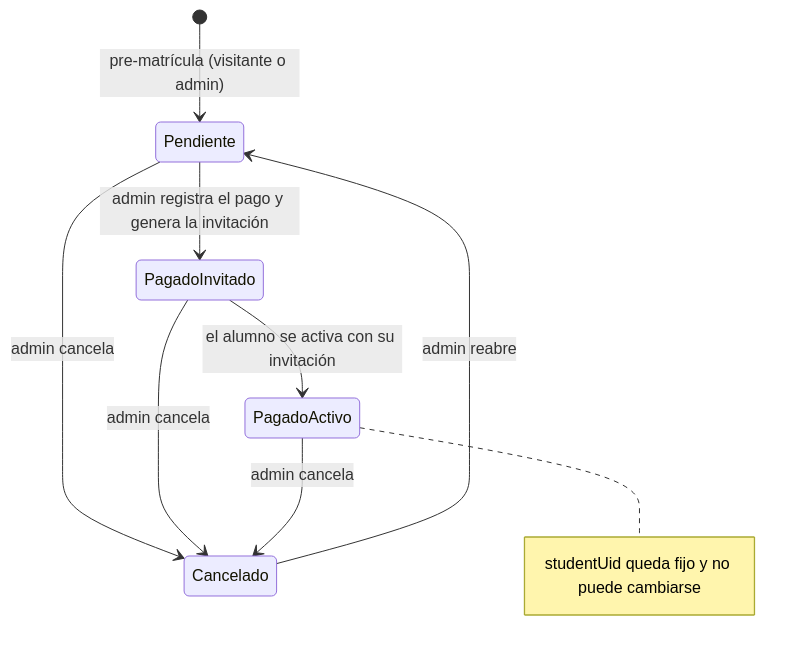
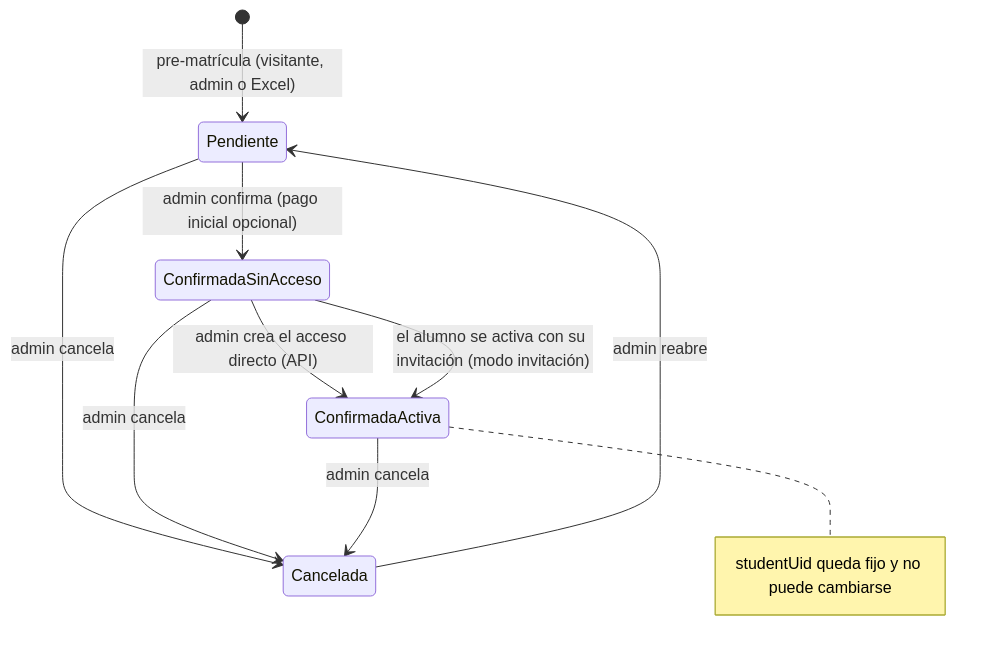
Before and after one commit to yucradavid/Perfil-de-egreso-Plataforma-Web-Integral-CERMAT: diagram 11 of 13 in docs/e1-definicion-sistema-ce021.md, drawn with Mermaid. The commit also changed other lines of this file and 27 other files, not shown here.

````diff
--- a/docs/e1-definicion-sistema-ce021.md
+++ b/docs/e1-definicion-sistema-ce021.md
@@ -397,11 +508,12 @@
 ```mermaid
 stateDiagram-v2
-  [*] --> Pendiente: pre-matrícula (visitante o admin)
-  Pendiente --> PagadoInvitado: admin registra el pago y genera la invitación
-  Pendiente --> Cancelado: admin cancela
-  PagadoInvitado --> PagadoActivo: el alumno se activa con su invitación
-  PagadoInvitado --> Cancelado: admin cancela
-  PagadoActivo --> Cancelado: admin cancela
-  Cancelado --> Pendiente: admin reabre
-  note right of PagadoActivo: studentUid queda fijo y no puede cambiarse
+  [*] --> Pendiente: pre-matrícula (visitante, admin o Excel)
+  Pendiente --> ConfirmadaSinAcceso: admin confirma (pago inicial opcional)
+  Pendiente --> Cancelada: admin cancela
+  ConfirmadaSinAcceso --> ConfirmadaActiva: admin crea el acceso directo (API)
+  ConfirmadaSinAcceso --> ConfirmadaActiva: el alumno se activa con su invitación (modo invitación)
+  ConfirmadaSinAcceso --> Cancelada: admin cancela
+  ConfirmadaActiva --> Cancelada: admin cancela
+  Cancelada --> Pendiente: admin reabre
+  note right of ConfirmadaActiva: studentUid queda fijo y no puede cambiarse
 ```
````
